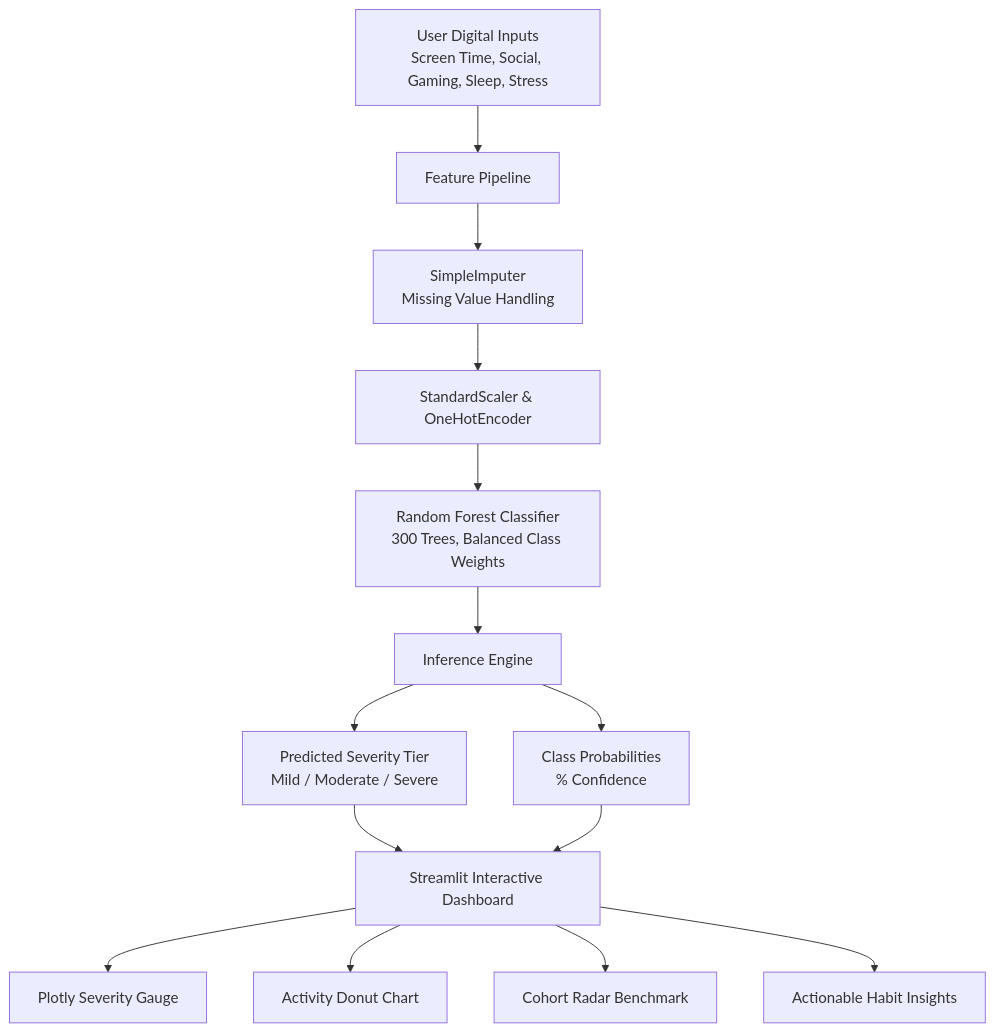
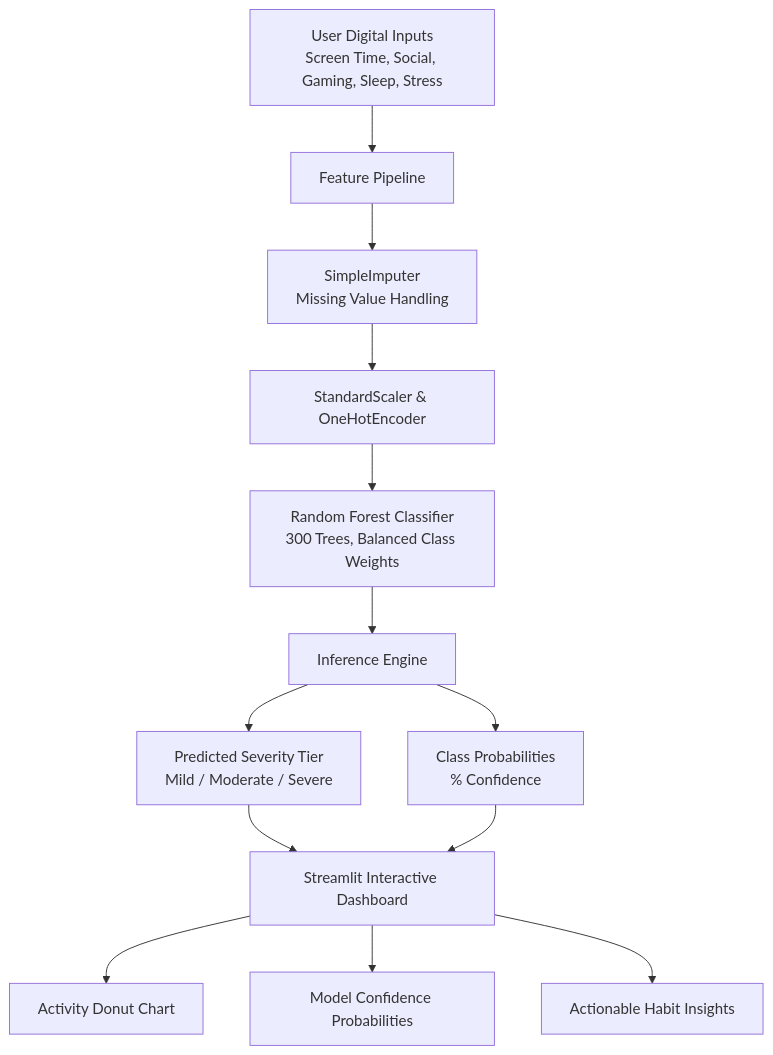
The diagram in README.md (reet2712/Smartphone-Addiction-prediction), drawn with Mermaid before and after one commit. The commit also changed other lines of this file and 1 other file, not shown here.

Commit message:
refactor: remove gauge and benchmark radar charts; streamline result visualizations

````diff
--- a/README.md
+++ b/README.md
@@ -49,15 +47,14 @@
 ```mermaid
 flowchart TD
     A[User Digital Inputs<br/>Screen Time, Social, Gaming, Sleep, Stress] --> B[Feature Pipeline]
     B --> C[SimpleImputer<br/>Missing Value Handling]
     C --> D[StandardScaler & OneHotEncoder]
     D --> E[Random Forest Classifier<br/>300 Trees, Balanced Class Weights]
     E --> F[Inference Engine]
     F --> G[Predicted Severity Tier<br/>Mild / Moderate / Severe]
     F --> H[Class Probabilities<br/>% Confidence]
     G & H --> I[Streamlit Interactive Dashboard]
-    I --> J[Plotly Severity Gauge]
-    I --> K[Activity Donut Chart]
-    I --> L[Cohort Radar Benchmark]
-    I --> M[Actionable Habit Insights]
+    I --> J[Activity Donut Chart]
+    I --> K[Model Confidence Probabilities]
+    I --> L[Actionable Habit Insights]
 ```
````
